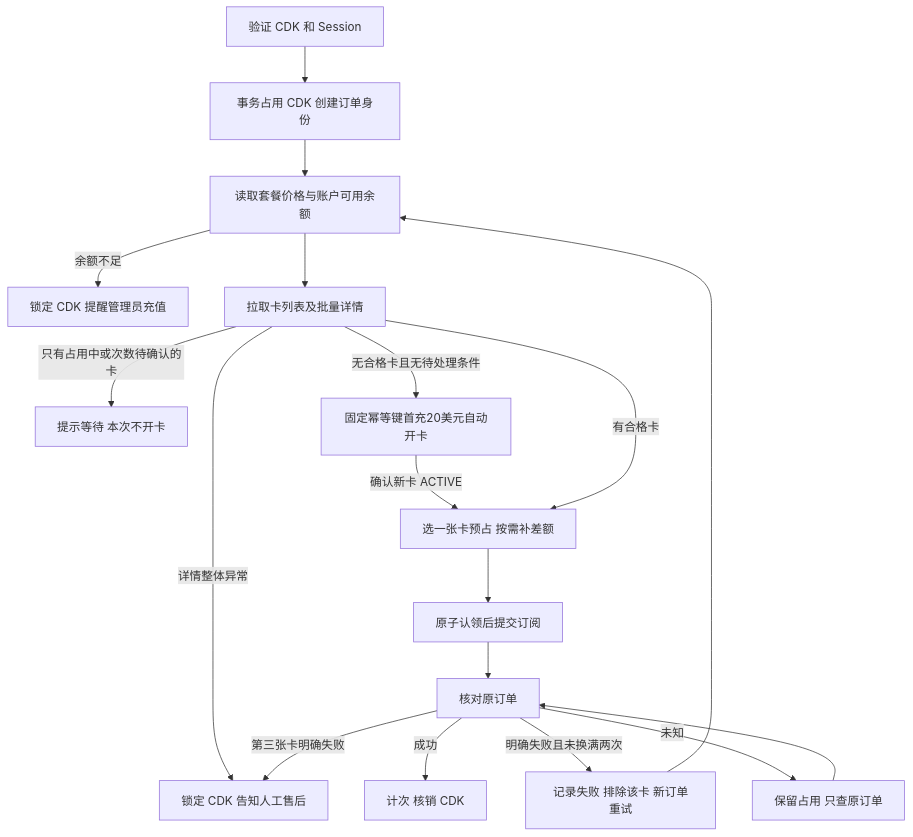
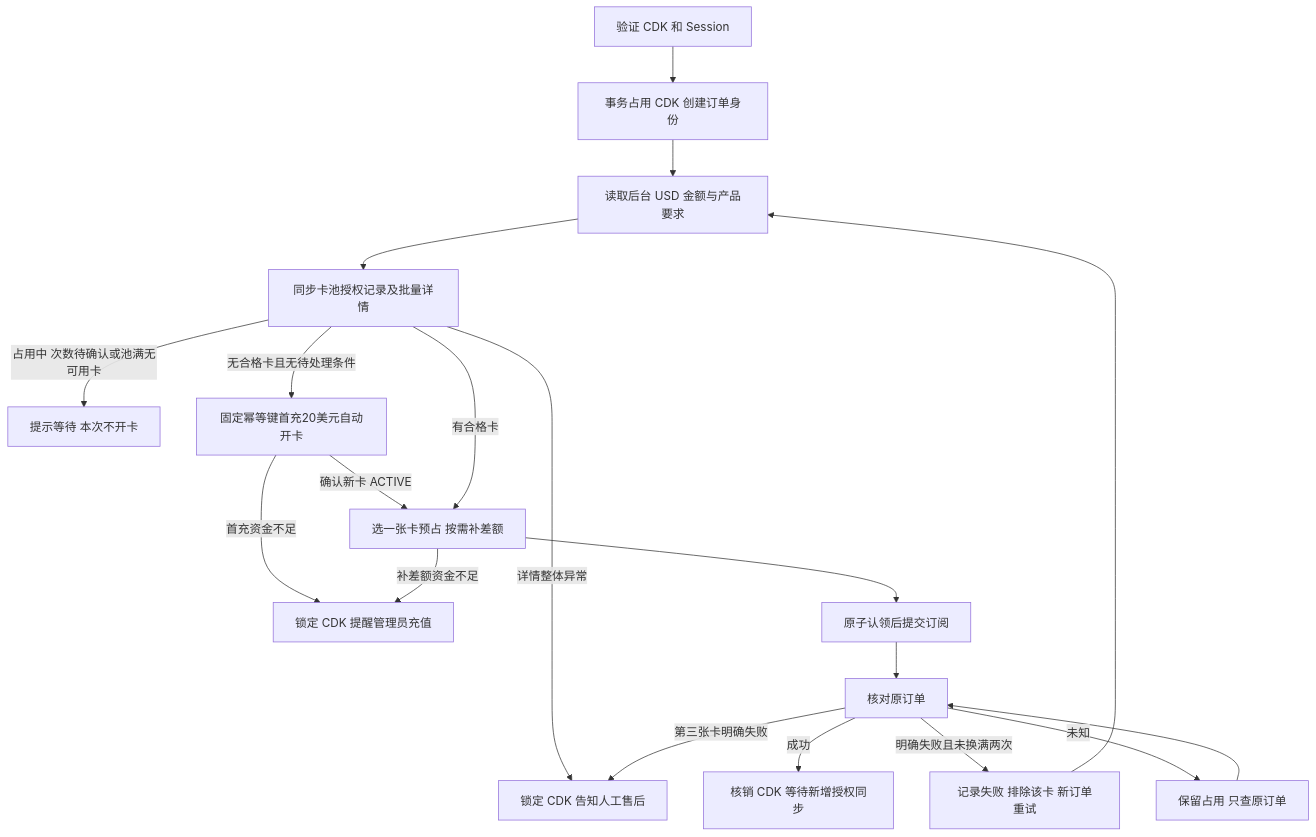
One commit to miracal-0312/Pay-gpt-Orbit changed the diagram in RECHARGE-AUDIT.md. Above: the diagram before and after it, drawn with Mermaid. The commit also changed other lines of this file and 26 other files, not shown here.

````diff
--- a/RECHARGE-AUDIT.md
+++ b/RECHARGE-AUDIT.md
@@ -7,20 +9,21 @@
 ```mermaid
 flowchart TD
     A[验证 CDK 和 Session] --> B[事务占用 CDK 创建订单身份]
-    B --> C[读取套餐价格与账户可用余额]
-    C -->|余额不足| D[锁定 CDK 提醒管理员充值]
-    C --> E[拉取卡列表及批量详情]
+    B --> C[读取后台 USD 金额与产品要求]
+    C --> E[同步卡池授权记录及批量详情]
     E -->|详情整体异常| F[锁定 CDK 告知人工售后]
-    E -->|只有占用中或次数待确认的卡| W[提示等待 本次不开卡]
+    E -->|占用中 次数待确认或池满无可用卡| W[提示等待 本次不开卡]
     E -->|无合格卡且无待处理条件| M[固定幂等键首充20美元自动开卡]
     M -->|确认新卡 ACTIVE| G
+    M -->|首充资金不足| D[锁定 CDK 提醒管理员充值]
     E -->|有合格卡| G[选一张卡预占 按需补差额]
+    G -->|补差额资金不足| D
     G --> H[原子认领后提交订阅]
     H --> I[核对原订单]
-    I -->|成功| J[计次 核销 CDK]
+    I -->|成功| J[核销 CDK 等待新增授权同步]
     I -->|明确失败且未换满两次| K[记录失败 排除该卡 新订单重试]
     K --> C
     I -->|第三张卡明确失败| F
     I -->|未知| L[保留占用 只查原订单]
     L --> I
 ```
````
